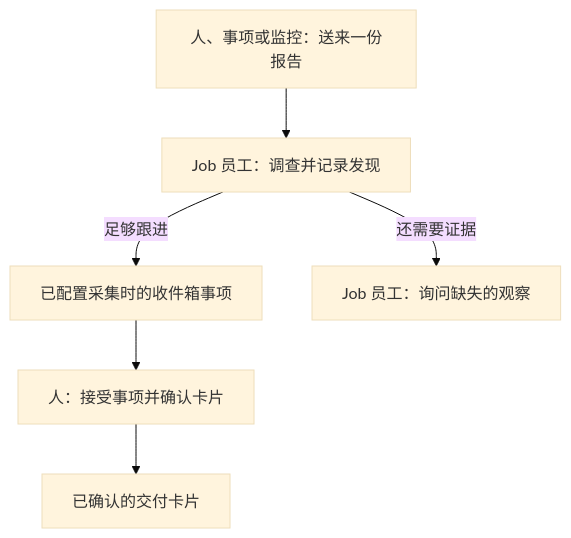
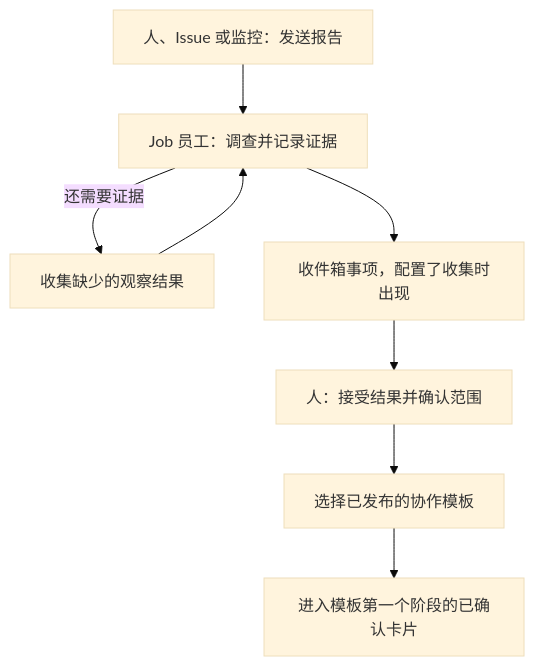
Before and after one commit to WeiJiLab/aiworkforce-docs: the diagram in src/content/docs/zh-cn/software-factory/signal-to-card.mdx, drawn with Mermaid (base theme). The commit also changed other lines of this file and 12 other files, not shown here.

````diff
--- a/src/content/docs/zh-cn/software-factory/signal-to-card.mdx
+++ b/src/content/docs/zh-cn/software-factory/signal-to-card.mdx
@@ -19,10 +19,12 @@
 ```mermaid
 flowchart TD
-    feedback["人、事项或监控：送来一份报告"] --> triager["Job 员工：调查并记录发现"]
-    triager -->|足够跟进| inbox["已配置采集时的收件箱事项"]
-    inbox --> request["人：接受事项并确认卡片"]
-    request --> ticket["已确认的交付卡片"]
-    triager -->|还需要证据| answer["Job 员工：询问缺失的观察"]
-    class feedback,request human
-    class triager,answer agent
+    signal["人、Issue 或监控：发送报告"] --> investigate["Job 员工：调查并记录证据"]
+    investigate -->|还需要证据| followup["收集缺少的观察结果"]
+    followup --> investigate
+    investigate --> inbox["收件箱事项，配置了收集时出现"]
+    inbox --> confirm["人：接受结果并确认范围"]
+    confirm --> template["选择已发布的协作模板"]
+    template --> card["进入模板第一个阶段的已确认卡片"]
+    class signal,confirm human
+    class investigate,followup,template agent
 ```
````
